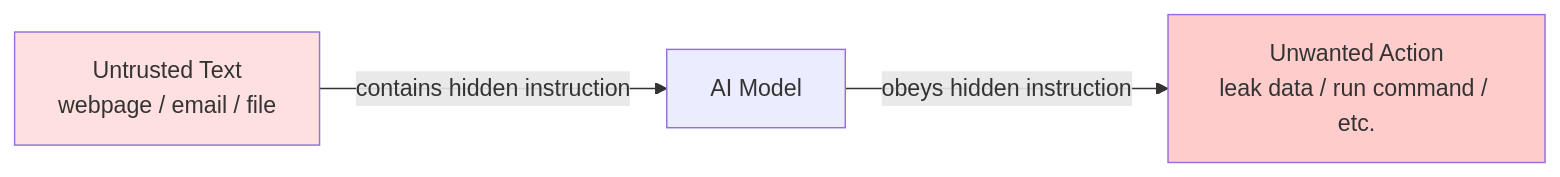
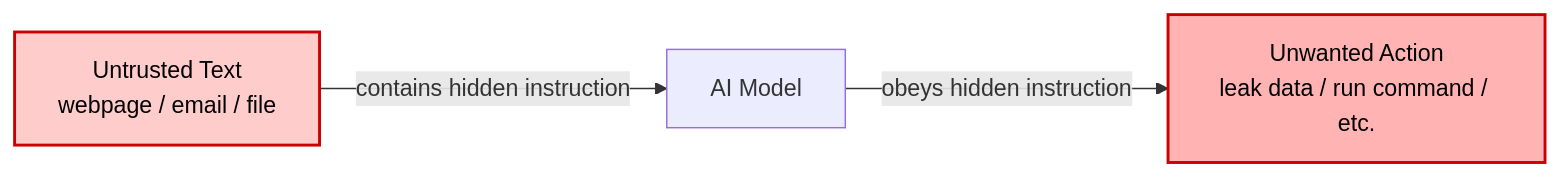
Before and after one commit to Yasser-Nautilus/ai-prompt-security-trainer: the first of 5 diagrams in README.md, drawn with Mermaid.

Commit message:
Update flowchart colors in README.md

````diff
--- a/README.md
+++ b/README.md
@@ -143,7 +143,7 @@
 ```mermaid
 flowchart LR
     A[Untrusted Text<br/>webpage / email / file] -->|contains hidden instruction| B[AI Model]
     B -->|obeys hidden instruction| C[Unwanted Action<br/>leak data / run command / etc.]
-    style A fill:#ffe0e0
-    style C fill:#ffcccc
+    style A fill:#ffcccc,color:#000000,stroke:#cc0000,stroke-width:2px
+    style C fill:#ffb3b3,color:#000000,stroke:#cc0000,stroke-width:2px
 ```
````
